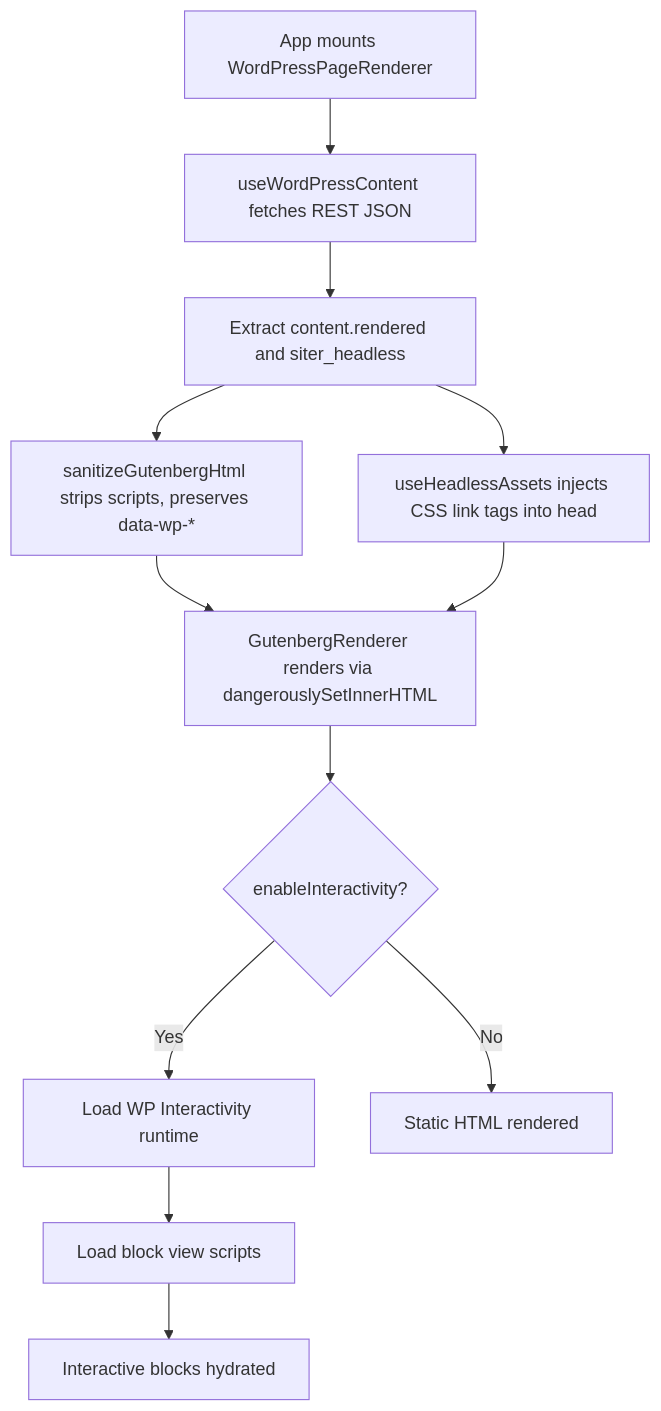
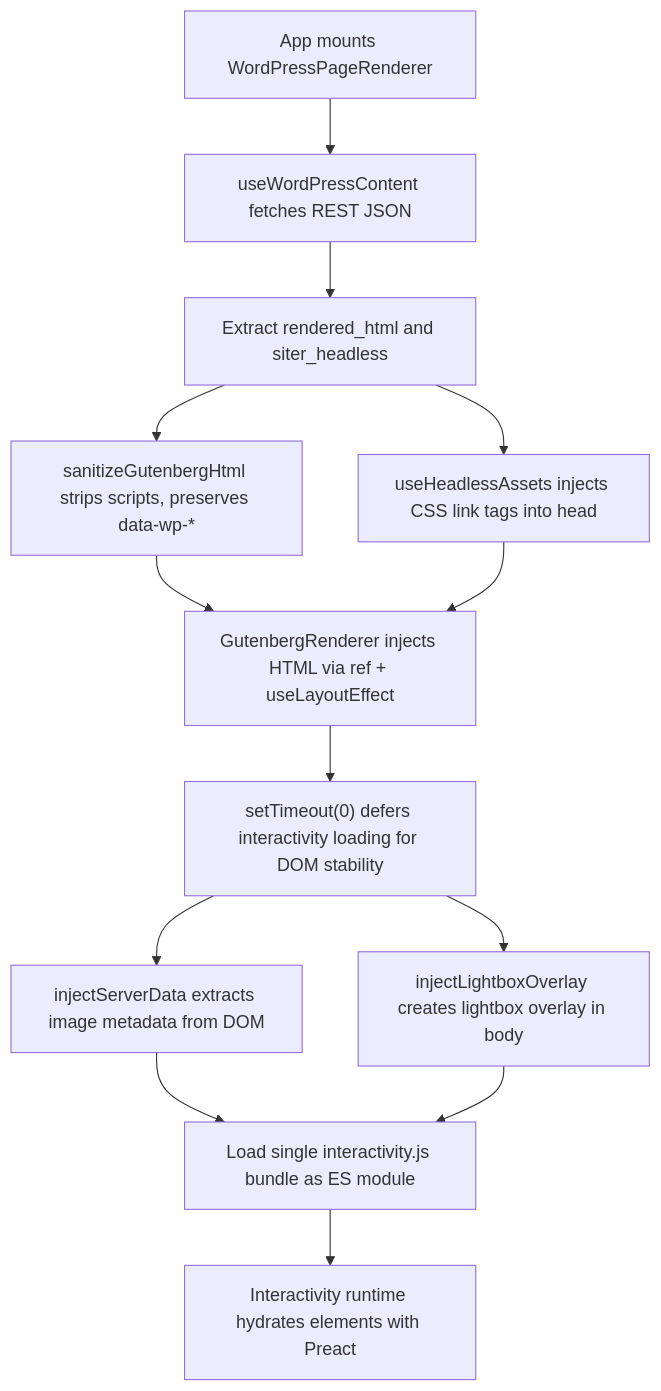
One commit to siter-place/headless-gutenberg-react changed the third of 4 diagrams in docs/architecture.md. Above: the diagram before and after it, drawn with Mermaid. The commit also changed other lines of this file and 25 other files, not shown here.

Commit message:
Fixed dynamic content and many more bug fixes needed to render wp page content

````diff
--- a/docs/architecture.md
+++ b/docs/architecture.md
@@ -50,14 +65,15 @@
 ```mermaid
 flowchart TD
     Start["App mounts WordPressPageRenderer"] --> FetchStep["useWordPressContent fetches REST JSON"]
-    FetchStep --> ParseStep["Extract content.rendered and siter_headless"]
+    FetchStep --> ParseStep["Extract rendered_html and siter_headless"]
     ParseStep --> SanitizeStep["sanitizeGutenbergHtml strips scripts, preserves data-wp-*"]
     ParseStep --> CSSStep["useHeadlessAssets injects CSS link tags into head"]
-    SanitizeStep --> RenderStep["GutenbergRenderer renders via dangerouslySetInnerHTML"]
-    RenderStep --> HydrateDecision{"enableInteractivity?"}
-    HydrateDecision -->|"Yes"| LoadRuntime["Load WP Interactivity runtime"]
-    LoadRuntime --> LoadBlocks["Load block view scripts"]
-    LoadBlocks --> Done["Interactive blocks hydrated"]
-    HydrateDecision -->|"No"| StaticDone["Static HTML rendered"]
+    SanitizeStep --> RenderStep["GutenbergRenderer injects HTML via ref + useLayoutEffect"]
+    RenderStep --> DeferStep["setTimeout(0) defers interactivity loading for DOM stability"]
+    DeferStep --> ServerDataStep["injectServerData extracts image metadata from DOM"]
+    DeferStep --> OverlayStep["injectLightboxOverlay creates lightbox overlay in body"]
+    ServerDataStep --> LoadBundle["Load single interactivity.js bundle as ES module"]
+    OverlayStep --> LoadBundle
+    LoadBundle --> Hydrate["Interactivity runtime hydrates elements with Preact"]
     CSSStep --> RenderStep
 ```
````
